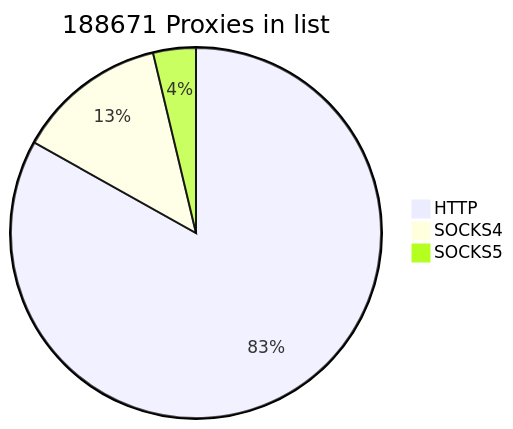
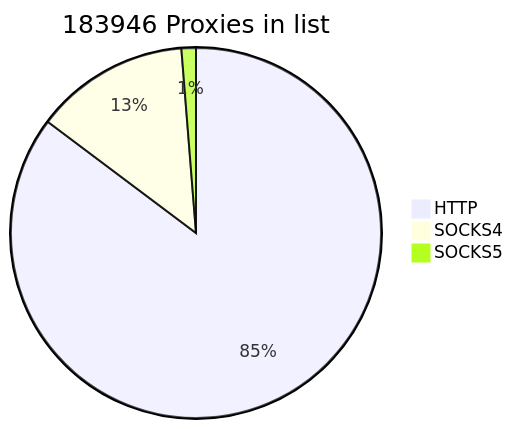
One commit to cutipu/proxylist changed the first of 2 diagrams in README.md. Above: the diagram before and after it, drawn with Mermaid. The commit also changed other lines of this file, not shown here.

````diff
--- a/README.md
+++ b/README.md
@@ -2,7 +2,7 @@
 ```mermaid
-pie title 188671 Proxies in list
-    "HTTP" : 156813
-    "SOCKS4" : 24820
-    "SOCKS5" : 7038
+pie title 183946 Proxies in list
+    "HTTP" : 156812
+    "SOCKS4" : 24813
+    "SOCKS5" : 2321
             
 ```
````
